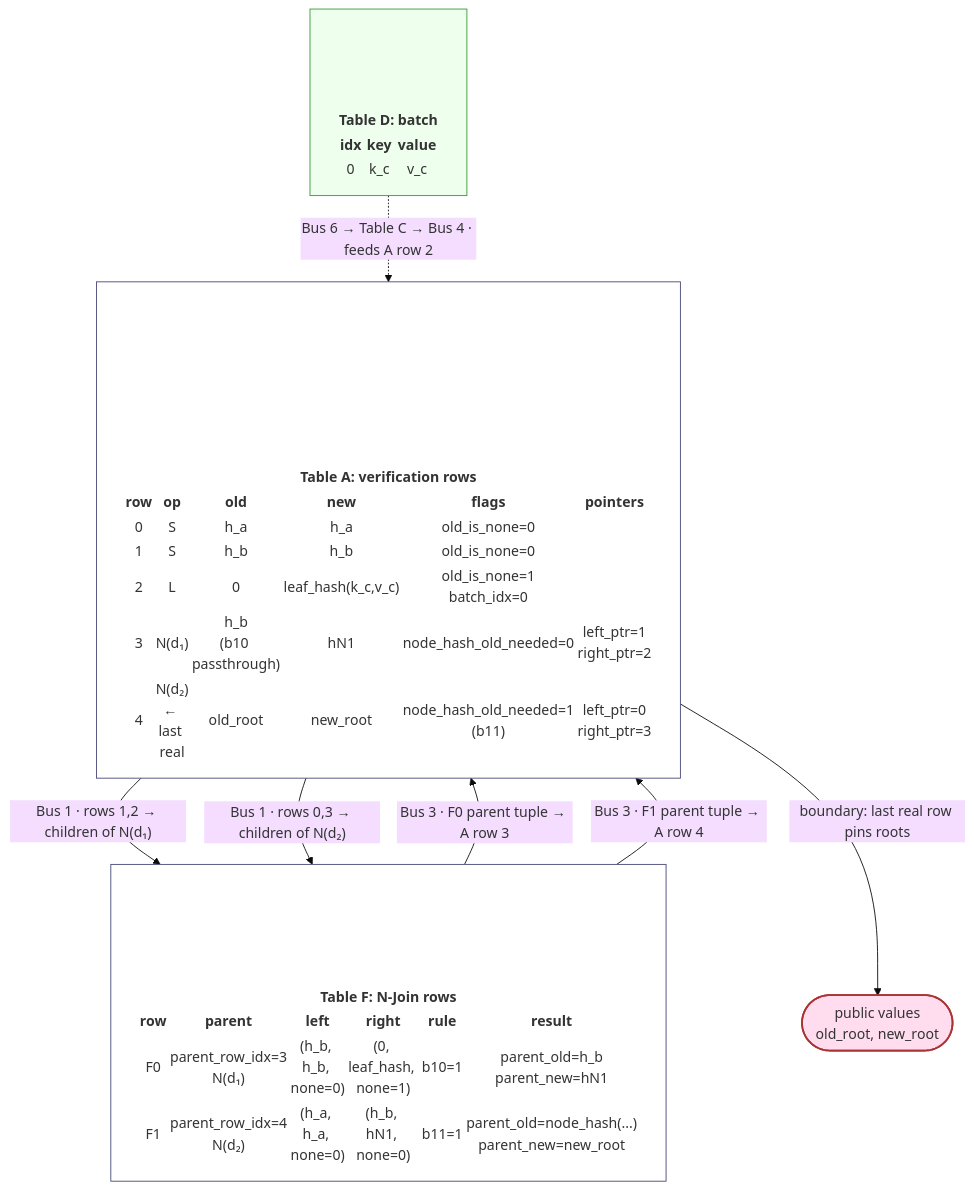
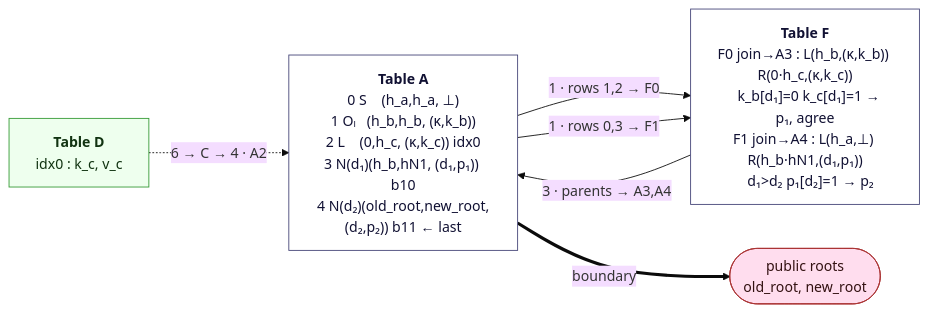
The seventh of 7 diagrams in README.md (ristik/rsmt-air), drawn with Mermaid (base theme) before and after one commit. The commit also changed other lines of this file and 48 other files, not shown here.

````diff
--- a/README.md
+++ b/README.md
@@ -276,41 +518,17 @@
 ```mermaid
-flowchart
-    classDef tbl fill:#fff,stroke:#447
-    classDef bnd fill:#fde,stroke:#a33,stroke-width:2px
-    classDef priv fill:#efe,stroke:#393
+flowchart LR
+    classDef tbl fill:#fff,stroke:#447,color:#113
+    classDef bnd fill:#fde,stroke:#a33,color:#311
+    classDef priv fill:#efe,stroke:#393,color:#131
 
-    TA["<table>
-      <tr><th colspan='6'>Table A: verification rows</th></tr>
-      <tr><th>row</th><th>op</th><th>old</th><th>new</th><th>flags</th><th>pointers</th></tr>
-      <tr><td>0</td><td>S</td><td>h_a</td><td>h_a</td><td>old_is_none=0</td><td></td></tr>
-      <tr><td>1</td><td>S</td><td>h_b</td><td>h_b</td><td>old_is_none=0</td><td></td></tr>
-      <tr><td>2</td><td>L</td><td>0</td><td>leaf_hash(k_c,v_c)</td><td>old_is_none=1<br/>batch_idx=0</td><td></td></tr>
-      <tr><td>3</td><td>N(d₁)</td><td>h_b<br/>(b10 passthrough)</td><td>hN1</td><td>node_hash_old_needed=0</td><td>left_ptr=1<br/>right_ptr=2</td></tr>
-      <tr><td>4</td><td>N(d₂)<br/>← last real</td><td>old_root</td><td>new_root</td><td>node_hash_old_needed=1<br/>(b11)</td><td>left_ptr=0<br/>right_ptr=3</td></tr>
-    </table>"]:::tbl
+    TA["<b>Table A</b><br/>0 S    (h_a,h_a, ⊥)<br/>1 Oₗ   (h_b,h_b, (κ,k_b))<br/>2 L    (0,h_c, (κ,k_c)) idx0<br/>3 N(d₁)(h_b,hN1, (d₁,p₁)) b10<br/>4 N(d₂)(old_root,new_root,(d₂,p₂)) b11 ← last"]:::tbl
+    TF["<b>Table F</b><br/>F0 join→A3 : L(h_b,(κ,k_b)) R(0·h_c,(κ,k_c))<br/>   k_b[d₁]=0 k_c[d₁]=1 → p₁, agree<br/>F1 join→A4 : L(h_a,⊥) R(h_b·hN1,(d₁,p₁))<br/>   d₁>d₂ p₁[d₂]=1 → p₂"]:::tbl
+    TD["<b>Table D</b><br/>idx0 : k_c, v_c"]:::priv
+    Pub(["public roots<br/>old_root, new_root"]):::bnd
 
-    TF["<table>
-      <tr><th colspan='6'>Table F: N-Join rows</th></tr>
-      <tr><th>row</th><th>parent</th><th>left</th><th>right</th><th>rule</th><th>result</th></tr>
-      <tr><td>F0</td><td>parent_row_idx=3<br/>N(d₁)</td><td>(h_b, h_b, none=0)</td><td>(0, leaf_hash, none=1)</td><td>b10=1</td><td>parent_old=h_b<br/>parent_new=hN1</td></tr>
-      <tr><td>F1</td><td>parent_row_idx=4<br/>N(d₂)</td><td>(h_a, h_a, none=0)</td><td>(h_b, hN1, none=0)</td><td>b11=1</td><td>parent_old=node_hash(...)<br/>parent_new=new_root</td></tr>
-    </table>"]:::tbl
-
-    TD["<table>
-      <tr><th colspan='3'>Table D: batch</th></tr>
-      <tr><th>idx</th><th>key</th><th>value</th></tr>
-      <tr><td>0</td><td>k_c</td><td>v_c</td></tr>
-    </table>"]:::priv
-
-    Pub(["public values<br/>old_root, new_root"]):::bnd
-
-    TA -- "Bus 1 · rows 1,2 → children of N(d₁)" --> TF
-    TA -- "Bus 1 · rows 0,3 → children of N(d₂)" --> TF
-
-    TF -- "Bus 3 · F0 parent tuple → A row 3" --> TA
-    TF -- "Bus 3 · F1 parent tuple → A row 4" --> TA
-
-    TD -. "Bus 6 → Table C → Bus 4 · feeds A row 2" .-> TA
-
-    TA -- "boundary: last real row pins roots" --> Pub
+    TA -->|"1 · rows 1,2 → F0"| TF
+    TA -->|"1 · rows 0,3 → F1"| TF
+    TF -->|"3 · parents → A3,A4"| TA
+    TD -.->|"6 → C → 4 · A2"| TA
+    TA ==>|"boundary"| Pub
 ```
````
